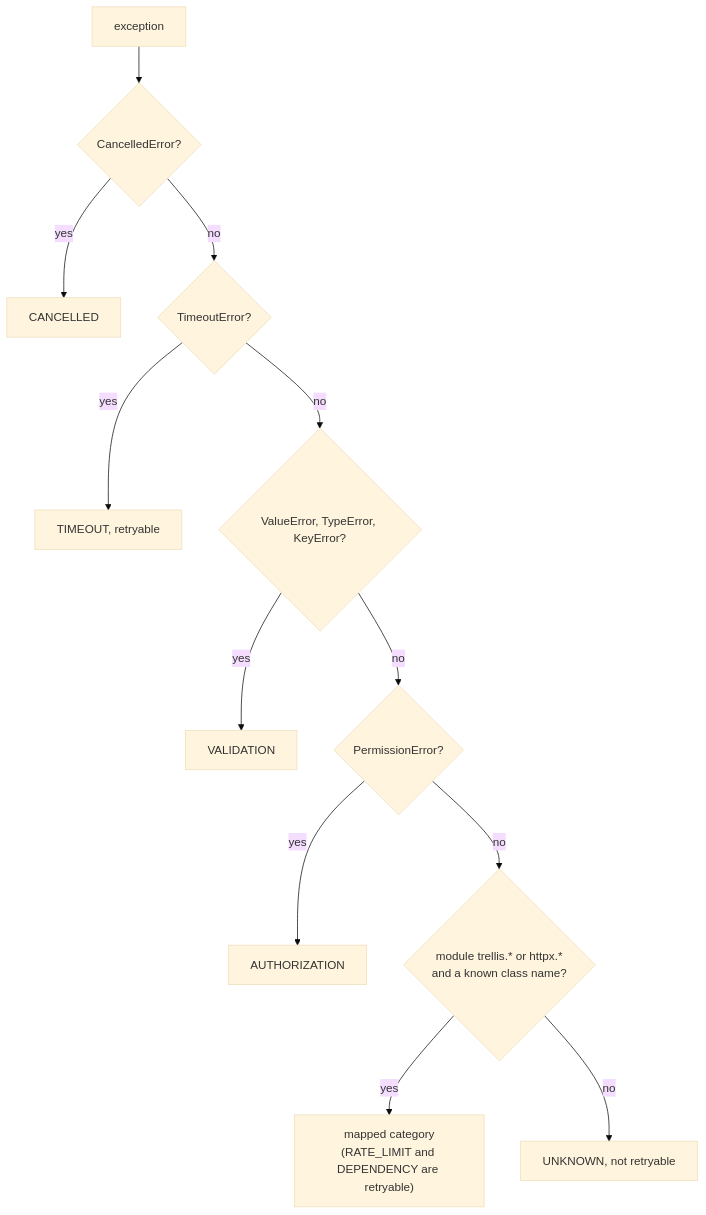
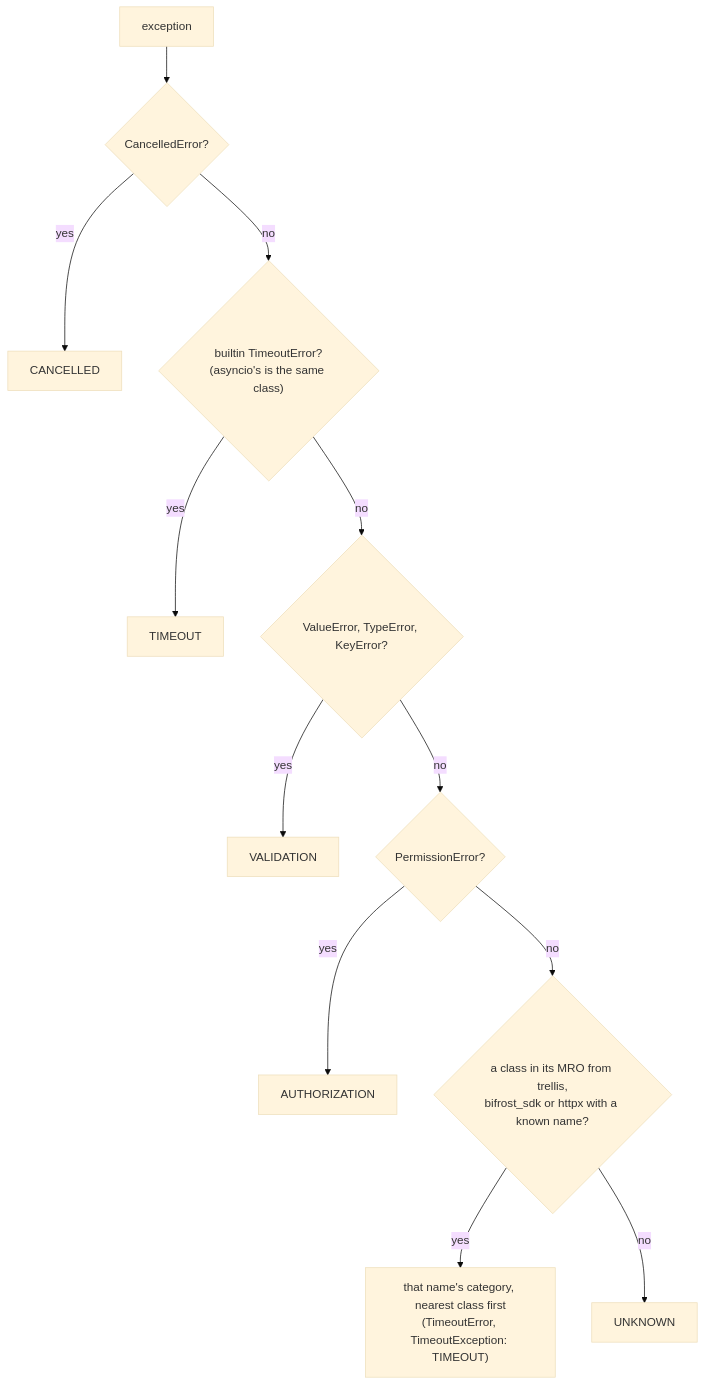
Before and after one commit to amitmohapatra/agent-contracts: the tenth of 11 diagrams in docs/ARCHITECTURE.md, drawn with Mermaid (base theme). The commit also changed other lines of this file and 20 other files, not shown here.

````diff
--- a/docs/ARCHITECTURE.md
+++ b/docs/ARCHITECTURE.md
@@ -473,14 +474,14 @@
 ```mermaid
 flowchart TD
   X[exception] --> C{CancelledError?}
   C -- yes --> CAN[CANCELLED]
-  C -- no --> T{TimeoutError?}
-  T -- yes --> TIM[TIMEOUT, retryable]
+  C -- no --> T{"builtin TimeoutError?<br/>(asyncio's is the same class)"}
+  T -- yes --> TIM[TIMEOUT]
   T -- no --> V{ValueError, TypeError, KeyError?}
   V -- yes --> VAL[VALIDATION]
   V -- no --> P{PermissionError?}
   P -- yes --> AUTH[AUTHORIZATION]
-  P -- no --> S{"module trellis.* or httpx.*<br/>and a known class name?"}
-  S -- yes --> MAP["mapped category<br/>(RATE_LIMIT and DEPENDENCY are retryable)"]
-  S -- no --> UNK[UNKNOWN, not retryable]
+  P -- no --> S{"a class in its MRO from trellis,<br/>bifrost_sdk or httpx with a known name?"}
+  S -- yes --> MAP["that name's category, nearest class first<br/>(TimeoutError, TimeoutException: TIMEOUT)"]
+  S -- no --> UNK[UNKNOWN]
 ```
````
